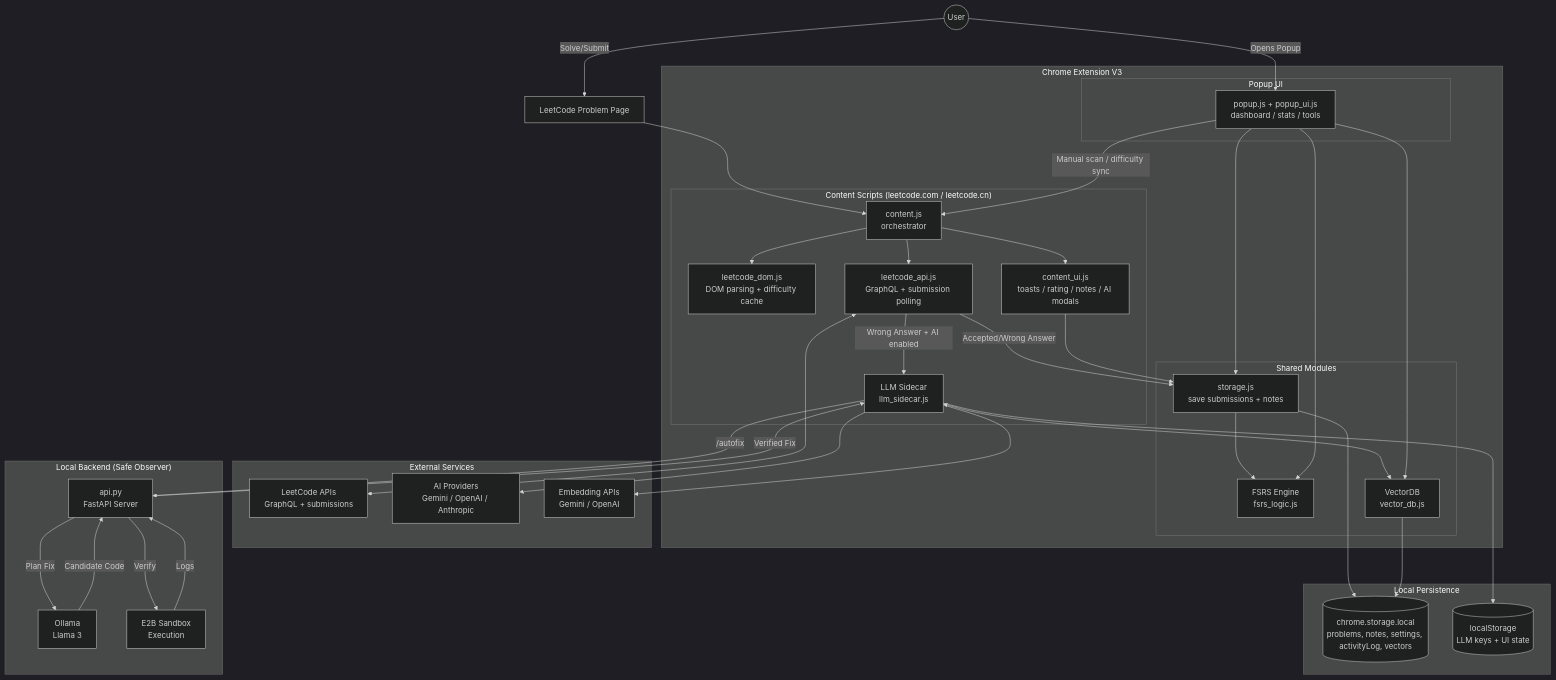
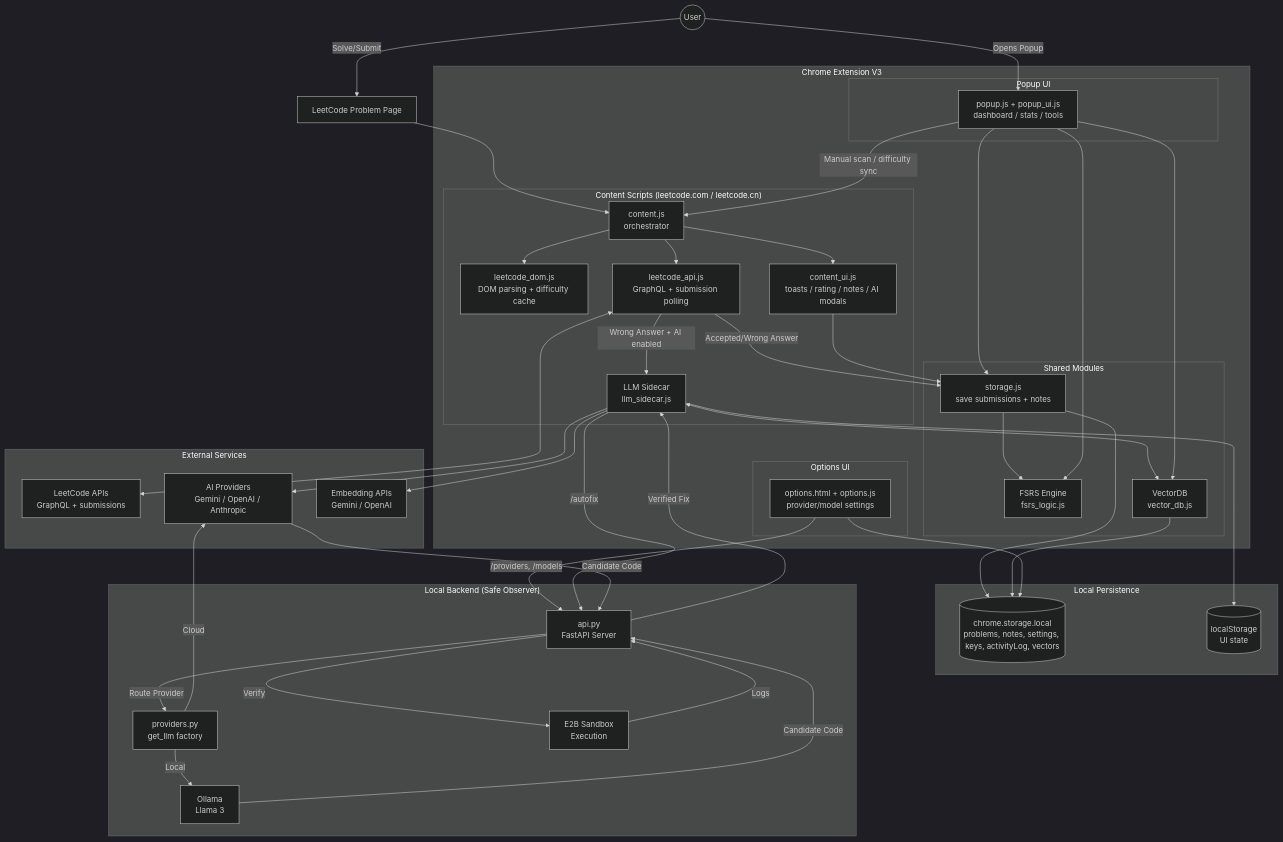
The first of 2 diagrams in README.md (yc1838/LeetCode-EasyRepeat), drawn with Mermaid (dark theme) before and after one commit. The commit also changed other lines of this file and 19 other files, not shown here.

Commit message:
Progressive Disclosure UI on LLM setup; now provides unified provider architecture. now uses LangChain & LangSmith

```diff
--- a/README.md
+++ b/README.md
@@ -425,11 +428,15 @@
         subgraph Popup["Popup UI"]
             PopupJS[popup.js + popup_ui.js<br/>dashboard / stats / tools]
         end
+
+        subgraph Options["Options UI"]
+            OptionsUI[options.html + options.js<br/>provider/model settings]
+        end
     end
 
     subgraph Local["Local Persistence"]
-        CS[(chrome.storage.local<br/>problems, notes, settings, activityLog, vectors)]
-        LS[(localStorage<br/>LLM keys + UI state)]
+        CS[(chrome.storage.local<br/>problems, notes, settings, keys, activityLog, vectors)]
+        LS[(localStorage<br/>UI state)]
     end
 
     subgraph External["External Services"]
@@ -440,6 +447,7 @@
 
     subgraph MCP["Local Backend (Safe Observer)"]
         FastAPI[api.py<br/>FastAPI Server]
+        ProviderRegistry[providers.py<br/>get_llm factory]
         Ollama[Ollama<br/>Llama 3]
         Sandbox[E2B Sandbox<br/>Execution]
     end
@@ -462,10 +470,15 @@
     LLM <--> VDB
     VDB --> CS
     LLM --> LS
+    OptionsUI --> CS
+    OptionsUI -- /providers, /models --> FastAPI
     
     %% Safe Observer Loop
     LLM -- /autofix --> FastAPI
-    FastAPI -- Plan Fix --> Ollama
+    FastAPI -- Route Provider --> ProviderRegistry
+    ProviderRegistry -- Cloud --> AI
+    ProviderRegistry -- Local --> Ollama
+    AI -- Candidate Code --> FastAPI
     Ollama -- Candidate Code --> FastAPI
     FastAPI -- Verify --> Sandbox
     Sandbox -- Logs --> FastAPI
```
